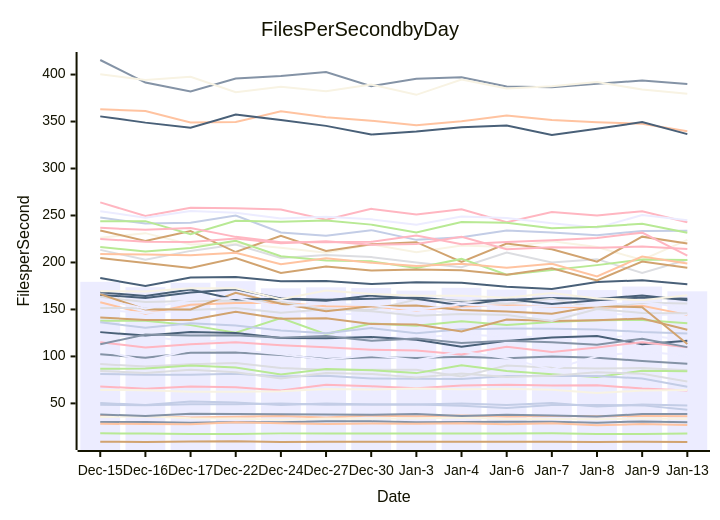
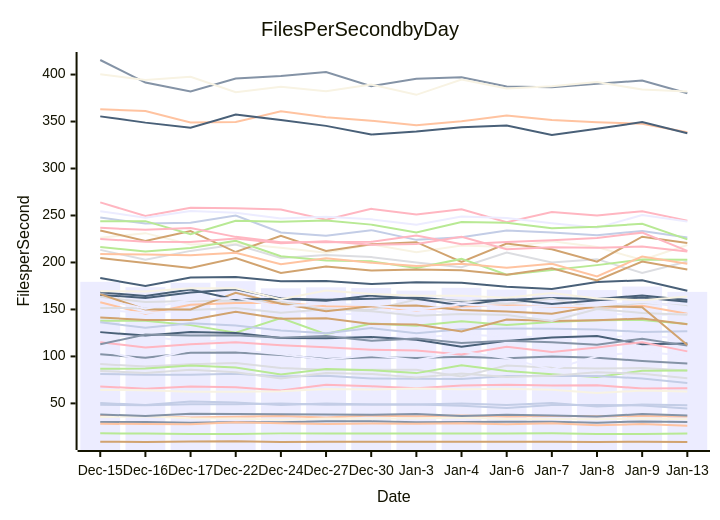
One commit to streetsidesoftware/cspell changed the diagram in perf-report.md. Above: the diagram before and after it, drawn with Mermaid. The commit also changed other lines of this file and 1 other file, not shown here.

````diff
--- a/perf-report.md
+++ b/perf-report.md
@@ -10,57 +10,57 @@
 ```mermaid
 xychart-beta
     title Files Per Second by Day
     y-axis Files per Second
     x-axis Date [Dec-15, Dec-16, Dec-17, Dec-22, Dec-24, Dec-27, Dec-30, Jan-3, Jan-4, Jan-6, Jan-7, Jan-8, Jan-9, Jan-13]
-    bar [179.36, 173.64, 178.43, 180.09, 172.48, 173.54, 172.79, 170.07, 172.98, 171.06, 170.63, 170.60, 174.36, 169.28]
-    line [30.21, 30.10, 29.27, 30.24, 30.04, 30.99, 30.88, 29.79, 30.12, 30.58, 30.44, 29.43, 30.82, 30.04]
-    line [36.51, 36.62, 35.07, 35.79, 36.55, 35.09, 36.98, 36.38, 37.08, 36.07, 36.65, 36.34, 36.49, 36.38]
-    line [91.85, 89.18, 91.59, 93.06, 87.76, 85.72, 85.81, 85.78, 78.64, 90.27, 87.90, 87.06, 87.60, 85.34]
-    line [138.00, 137.98, 133.31, 125.20, 140.89, 123.76, 134.99, 132.64, 137.41, 133.47, 136.71, 138.45, 138.88, 135.37]
+    bar [179.36, 173.64, 178.43, 180.09, 172.48, 173.54, 172.79, 170.07, 172.98, 171.06, 170.63, 170.60, 174.36, 168.67]
+    line [30.21, 30.10, 29.27, 30.24, 30.04, 30.99, 30.88, 29.79, 30.12, 30.58, 30.44, 29.43, 30.82, 30.14]
+    line [36.51, 36.62, 35.07, 35.79, 36.55, 35.09, 36.98, 36.38, 37.08, 36.07, 36.65, 36.34, 36.49, 35.99]
+    line [91.85, 89.18, 91.59, 93.06, 87.76, 85.72, 85.81, 85.78, 78.64, 90.27, 87.90, 87.06, 87.60, 84.94]
+    line [138.00, 137.98, 133.31, 125.20, 140.89, 123.76, 134.99, 132.64, 137.41, 133.47, 136.71, 138.45, 138.88, 134.62]
     line [9.27, 8.94, 9.45, 9.78, 8.90, 9.07, 9.12, 9.16, 9.11, 9.12, 9.14, 8.90, 9.21, 9.03]
-    line [136.38, 130.55, 135.39, 132.89, 127.54, 124.61, 130.19, 124.72, 128.97, 129.63, 129.57, 128.75, 125.98, 124.51]
-    line [67.91, 65.71, 68.06, 67.11, 63.78, 69.83, 68.15, 65.99, 69.11, 69.77, 69.09, 69.36, 65.84, 63.66]
-    line [183.45, 174.84, 184.02, 184.52, 180.06, 180.25, 176.99, 178.92, 178.38, 174.22, 171.75, 179.11, 181.04, 176.69]
-    line [226.27, 231.21, 219.13, 220.31, 215.56, 210.39, 219.17, 210.98, 218.13, 216.47, 222.63, 216.37, 202.60, 223.99]
-    line [121.82, 122.30, 114.99, 117.98, 119.98, 122.26, 120.11, 120.07, 122.96, 121.36, 120.04, 119.36, 122.67, 117.42]
-    line [415.50, 391.53, 381.89, 395.71, 398.52, 402.79, 387.60, 395.60, 397.05, 387.31, 386.47, 390.16, 393.74, 390.08]
-    line [157.64, 145.39, 155.01, 156.77, 157.19, 153.46, 153.21, 148.91, 153.20, 154.41, 153.05, 151.33, 153.98, 144.23]
-    line [213.39, 202.82, 212.32, 219.19, 204.86, 207.97, 205.76, 199.93, 194.96, 210.48, 200.08, 203.53, 188.73, 202.86]
-    line [86.83, 87.07, 90.37, 88.26, 80.81, 86.47, 85.34, 82.22, 90.61, 84.54, 80.98, 78.06, 84.72, 84.28]
-    line [234.07, 222.96, 233.49, 211.10, 228.39, 212.27, 219.38, 221.60, 200.66, 220.18, 213.99, 200.90, 227.46, 220.16]
-    line [81.37, 80.53, 80.51, 81.49, 78.49, 79.44, 76.50, 76.34, 76.08, 79.03, 79.23, 79.24, 76.50, 67.81]
-    line [263.96, 249.42, 258.13, 257.62, 256.30, 245.45, 257.10, 251.12, 256.72, 242.84, 253.62, 250.11, 254.55, 242.79]
-    line [125.85, 122.14, 126.07, 124.95, 119.60, 119.43, 120.64, 117.82, 110.33, 116.53, 120.08, 121.77, 112.94, 116.57]
-    line [35.56, 36.21, 34.19, 33.89, 32.69, 33.95, 33.78, 33.96, 34.86, 33.41, 33.47, 33.19, 33.82, 33.74]
-    line [149.53, 146.32, 148.93, 149.89, 149.32, 144.39, 145.93, 149.70, 145.36, 146.19, 145.02, 146.18, 143.49, 145.25]
-    line [38.12, 36.63, 38.97, 38.70, 38.32, 38.26, 37.85, 38.77, 36.54, 38.02, 37.20, 35.97, 38.77, 38.65]
-    line [363.03, 361.09, 348.96, 349.43, 360.81, 354.60, 350.95, 345.98, 350.21, 356.35, 351.62, 349.11, 347.65, 339.55]
-    line [84.51, 82.32, 85.67, 83.25, 76.44, 82.43, 81.41, 77.52, 81.68, 78.20, 79.53, 83.01, 81.62, 73.18]
-    line [216.34, 211.66, 215.40, 222.98, 206.68, 202.06, 201.20, 194.13, 203.79, 186.99, 191.85, 197.16, 203.10, 202.67]
-    line [141.51, 138.80, 138.75, 147.65, 140.01, 140.67, 134.58, 133.84, 126.46, 139.31, 137.59, 138.48, 140.31, 128.34]
-    line [48.59, 47.94, 49.07, 48.96, 49.98, 48.46, 48.82, 48.74, 47.38, 44.97, 48.20, 48.28, 47.88, 43.18]
-    line [115.18, 109.59, 113.00, 115.03, 111.88, 109.68, 107.07, 106.25, 102.14, 110.16, 104.65, 109.58, 115.11, 109.86]
-    line [165.49, 162.20, 168.07, 171.52, 161.55, 160.38, 161.25, 162.72, 158.59, 160.02, 162.06, 161.10, 164.91, 159.75]
-    line [64.35, 64.10, 62.51, 62.39, 63.01, 65.26, 64.66, 65.89, 65.11, 65.47, 64.47, 61.13, 63.67, 64.23]
-    line [254.55, 247.67, 254.88, 252.93, 246.70, 248.73, 245.95, 240.13, 248.92, 247.35, 241.85, 236.85, 250.47, 244.81]
-    line [102.19, 98.64, 104.01, 104.04, 101.53, 97.16, 99.08, 98.33, 99.60, 97.96, 99.84, 98.62, 95.10, 92.24]
-    line [208.88, 208.37, 207.77, 210.28, 198.12, 204.40, 199.78, 196.30, 198.61, 194.45, 198.60, 185.12, 206.27, 198.91]
-    line [151.43, 151.38, 149.35, 151.56, 146.50, 150.10, 148.04, 143.32, 145.06, 144.14, 137.83, 150.50, 146.15, 145.93]
-    line [18.13, 17.93, 17.37, 17.53, 18.08, 17.97, 17.93, 17.83, 17.83, 17.89, 18.19, 17.48, 17.44, 17.96]
-    line [204.82, 199.34, 194.10, 204.78, 188.75, 195.62, 191.45, 192.64, 191.68, 186.85, 193.93, 180.85, 201.04, 194.29]
-    line [247.88, 241.35, 242.19, 249.98, 231.90, 228.38, 234.40, 224.05, 226.75, 234.01, 231.87, 229.00, 233.60, 233.78]
-    line [225.00, 222.02, 221.71, 225.51, 220.33, 222.69, 218.79, 219.63, 227.40, 214.16, 216.11, 215.58, 216.92, 214.21]
-    line [355.49, 348.84, 343.31, 357.38, 351.53, 345.39, 336.17, 339.40, 343.93, 345.83, 335.66, 342.43, 349.42, 336.63]
-    line [400.36, 394.11, 397.72, 381.16, 387.10, 382.18, 389.40, 378.43, 394.66, 385.25, 387.67, 392.05, 384.01, 379.66]
-    line [107.13, 94.87, 107.05, 106.83, 102.33, 96.35, 101.39, 95.92, 105.11, 98.16, 86.10, 100.14, 105.08, 101.28]
-    line [112.97, 123.23, 122.39, 122.57, 119.82, 121.66, 116.64, 119.03, 114.16, 116.74, 115.06, 112.51, 118.83, 109.87]
-    line [28.26, 28.09, 27.81, 29.86, 28.77, 27.94, 28.71, 28.29, 28.89, 27.76, 28.93, 26.82, 27.98, 27.08]
-    line [163.12, 158.04, 158.90, 159.56, 158.26, 149.38, 149.63, 160.44, 159.38, 155.94, 161.49, 151.30, 157.09, 156.36]
-    line [243.88, 243.97, 230.01, 244.43, 243.32, 244.74, 240.28, 231.82, 243.15, 242.35, 236.52, 238.12, 241.19, 231.69]
-    line [166.27, 150.03, 149.99, 167.61, 155.99, 148.15, 153.37, 154.17, 149.42, 147.86, 145.38, 153.63, 152.37, 113.13]
-    line [50.29, 48.39, 51.90, 50.84, 48.41, 49.94, 48.88, 48.70, 49.88, 48.16, 50.54, 46.59, 48.81, 47.85]
-    line [236.86, 234.70, 236.77, 227.25, 221.39, 221.64, 222.00, 228.77, 219.30, 221.68, 223.62, 226.04, 231.74, 207.37]
-    line [168.20, 164.35, 171.17, 160.66, 161.47, 159.18, 164.75, 161.43, 154.09, 160.97, 155.89, 159.83, 162.81, 161.37]
-    line [169.36, 169.15, 172.44, 172.46, 160.97, 170.04, 166.42, 164.47, 164.70, 162.35, 167.49, 161.75, 159.91, 165.19]
-    line [161.29, 150.68, 160.30, 162.32, 152.82, 156.10, 154.49, 149.59, 155.51, 152.61, 153.69, 153.81, 158.28, 151.30]
+    line [136.38, 130.55, 135.39, 132.89, 127.54, 124.61, 130.19, 124.72, 128.97, 129.63, 129.57, 128.75, 125.98, 126.77]
+    line [67.91, 65.71, 68.06, 67.11, 63.78, 69.83, 68.15, 65.99, 69.11, 69.77, 69.09, 69.36, 65.84, 66.12]
+    line [183.45, 174.84, 184.02, 184.52, 180.06, 180.25, 176.99, 178.92, 178.38, 174.22, 171.75, 179.11, 181.04, 169.88]
+    line [226.27, 231.21, 219.13, 220.31, 215.56, 210.39, 219.17, 210.98, 218.13, 216.47, 222.63, 216.37, 202.60, 218.54]
+    line [121.82, 122.30, 114.99, 117.98, 119.98, 122.26, 120.11, 120.07, 122.96, 121.36, 120.04, 119.36, 122.67, 118.26]
+    line [415.50, 391.53, 381.89, 395.71, 398.52, 402.79, 387.60, 395.60, 397.05, 387.31, 386.47, 390.16, 393.74, 380.09]
+    line [157.64, 145.39, 155.01, 156.77, 157.19, 153.46, 153.21, 148.91, 153.20, 154.41, 153.05, 151.33, 153.98, 145.36]
+    line [213.39, 202.82, 212.32, 219.19, 204.86, 207.97, 205.76, 199.93, 194.96, 210.48, 200.08, 203.53, 188.73, 201.03]
+    line [86.83, 87.07, 90.37, 88.26, 80.81, 86.47, 85.34, 82.22, 90.61, 84.54, 80.98, 78.06, 84.72, 85.09]
+    line [234.07, 222.96, 233.49, 211.10, 228.39, 212.27, 219.38, 221.60, 200.66, 220.18, 213.99, 200.90, 227.46, 220.62]
+    line [81.37, 80.53, 80.51, 81.49, 78.49, 79.44, 76.50, 76.34, 76.08, 79.03, 79.23, 79.24, 76.50, 71.79]
+    line [263.96, 249.42, 258.13, 257.62, 256.30, 245.45, 257.10, 251.12, 256.72, 242.84, 253.62, 250.11, 254.55, 244.55]
+    line [125.85, 122.14, 126.07, 124.95, 119.60, 119.43, 120.64, 117.82, 110.33, 116.53, 120.08, 121.77, 112.94, 113.86]
+    line [35.56, 36.21, 34.19, 33.89, 32.69, 33.95, 33.78, 33.96, 34.86, 33.41, 33.47, 33.19, 33.82, 33.05]
+    line [149.53, 146.32, 148.93, 149.89, 149.32, 144.39, 145.93, 149.70, 145.36, 146.19, 145.02, 146.18, 143.49, 144.83]
+    line [38.12, 36.63, 38.97, 38.70, 38.32, 38.26, 37.85, 38.77, 36.54, 38.02, 37.20, 35.97, 38.77, 37.11]
+    line [363.03, 361.09, 348.96, 349.43, 360.81, 354.60, 350.95, 345.98, 350.21, 356.35, 351.62, 349.11, 347.65, 338.63]
+    line [84.51, 82.32, 85.67, 83.25, 76.44, 82.43, 81.41, 77.52, 81.68, 78.20, 79.53, 83.01, 81.62, 76.79]
+    line [216.34, 211.66, 215.40, 222.98, 206.68, 202.06, 201.20, 194.13, 203.79, 186.99, 191.85, 197.16, 203.10, 203.00]
+    line [141.51, 138.80, 138.75, 147.65, 140.01, 140.67, 134.58, 133.84, 126.46, 139.31, 137.59, 138.48, 140.31, 134.29]
+    line [48.59, 47.94, 49.07, 48.96, 49.98, 48.46, 48.82, 48.74, 47.38, 44.97, 48.20, 48.28, 47.88, 44.68]
+    line [115.18, 109.59, 113.00, 115.03, 111.88, 109.68, 107.07, 106.25, 102.14, 110.16, 104.65, 109.58, 115.11, 105.37]
+    line [165.49, 162.20, 168.07, 171.52, 161.55, 160.38, 161.25, 162.72, 158.59, 160.02, 162.06, 161.10, 164.91, 160.06]
+    line [64.35, 64.10, 62.51, 62.39, 63.01, 65.26, 64.66, 65.89, 65.11, 65.47, 64.47, 61.13, 63.67, 62.71]
+    line [254.55, 247.67, 254.88, 252.93, 246.70, 248.73, 245.95, 240.13, 248.92, 247.35, 241.85, 236.85, 250.47, 243.65]
+    line [102.19, 98.64, 104.01, 104.04, 101.53, 97.16, 99.08, 98.33, 99.60, 97.96, 99.84, 98.62, 95.10, 92.35]
+    line [208.88, 208.37, 207.77, 210.28, 198.12, 204.40, 199.78, 196.30, 198.61, 194.45, 198.60, 185.12, 206.27, 198.57]
+    line [151.43, 151.38, 149.35, 151.56, 146.50, 150.10, 148.04, 143.32, 145.06, 144.14, 137.83, 150.50, 146.15, 144.46]
+    line [18.13, 17.93, 17.37, 17.53, 18.08, 17.97, 17.93, 17.83, 17.83, 17.89, 18.19, 17.48, 17.44, 18.03]
+    line [204.82, 199.34, 194.10, 204.78, 188.75, 195.62, 191.45, 192.64, 191.68, 186.85, 193.93, 180.85, 201.04, 192.62]
+    line [247.88, 241.35, 242.19, 249.98, 231.90, 228.38, 234.40, 224.05, 226.75, 234.01, 231.87, 229.00, 233.60, 226.53]
+    line [225.00, 222.02, 221.71, 225.51, 220.33, 222.69, 218.79, 219.63, 227.40, 214.16, 216.11, 215.58, 216.92, 211.60]
+    line [355.49, 348.84, 343.31, 357.38, 351.53, 345.39, 336.17, 339.40, 343.93, 345.83, 335.66, 342.43, 349.42, 337.57]
+    line [400.36, 394.11, 397.72, 381.16, 387.10, 382.18, 389.40, 378.43, 394.66, 385.25, 387.67, 392.05, 384.01, 381.94]
+    line [107.13, 94.87, 107.05, 106.83, 102.33, 96.35, 101.39, 95.92, 105.11, 98.16, 86.10, 100.14, 105.08, 100.77]
+    line [112.97, 123.23, 122.39, 122.57, 119.82, 121.66, 116.64, 119.03, 114.16, 116.74, 115.06, 112.51, 118.83, 111.47]
+    line [28.26, 28.09, 27.81, 29.86, 28.77, 27.94, 28.71, 28.29, 28.89, 27.76, 28.93, 26.82, 27.98, 26.31]
+    line [163.12, 158.04, 158.90, 159.56, 158.26, 149.38, 149.63, 160.44, 159.38, 155.94, 161.49, 151.30, 157.09, 153.66]
+    line [243.88, 243.97, 230.01, 244.43, 243.32, 244.74, 240.28, 231.82, 243.15, 242.35, 236.52, 238.12, 241.19, 224.62]
+    line [166.27, 150.03, 149.99, 167.61, 155.99, 148.15, 153.37, 154.17, 149.42, 147.86, 145.38, 153.63, 152.37, 112.04]
+    line [50.29, 48.39, 51.90, 50.84, 48.41, 49.94, 48.88, 48.70, 49.88, 48.16, 50.54, 46.59, 48.81, 48.07]
+    line [236.86, 234.70, 236.77, 227.25, 221.39, 221.64, 222.00, 228.77, 219.30, 221.68, 223.62, 226.04, 231.74, 212.28]
+    line [168.20, 164.35, 171.17, 160.66, 161.47, 159.18, 164.75, 161.43, 154.09, 160.97, 155.89, 159.83, 162.81, 158.28]
+    line [169.36, 169.15, 172.44, 172.46, 160.97, 170.04, 166.42, 164.47, 164.70, 162.35, 167.49, 161.75, 159.91, 163.87]
+    line [161.29, 150.68, 160.30, 162.32, 152.82, 156.10, 154.49, 149.59, 155.51, 152.61, 153.69, 153.81, 158.28, 152.27]
 ```
````
